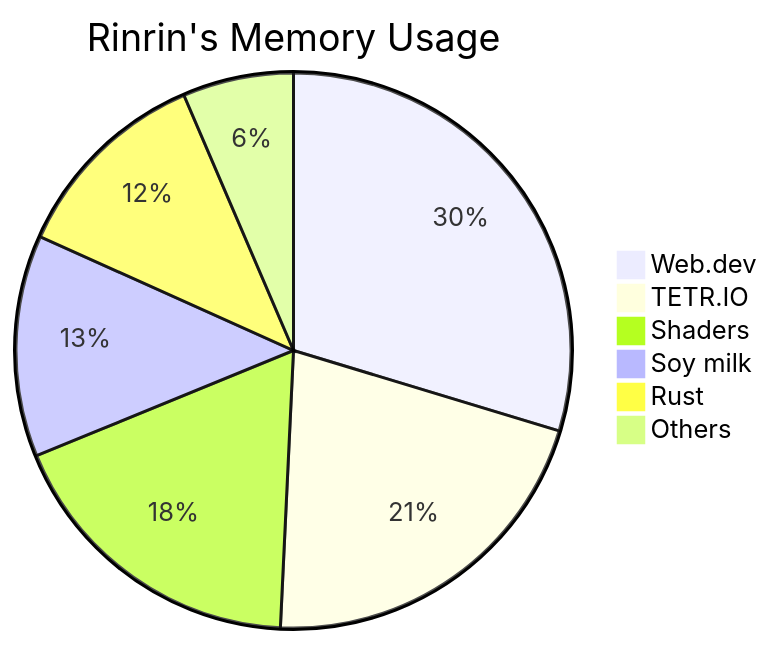
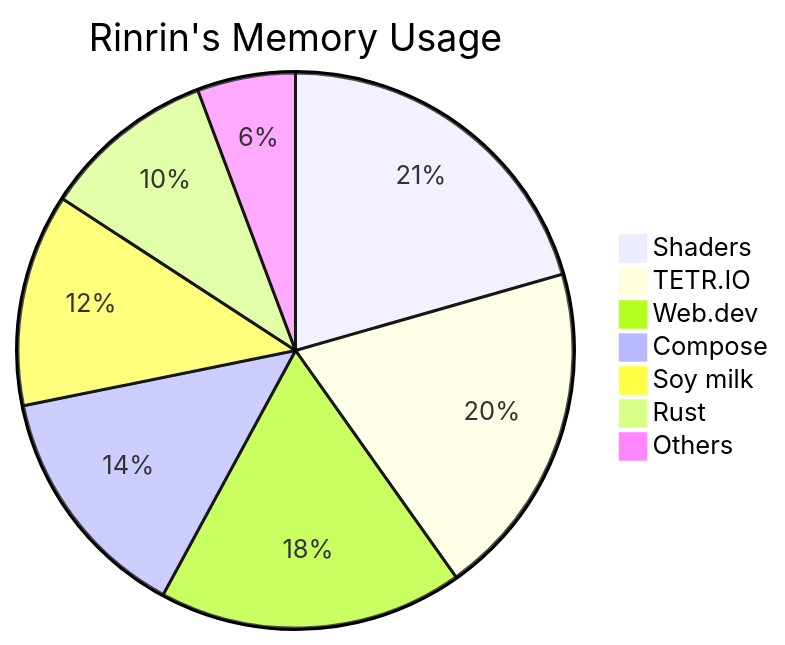
One commit to Rinrin0413/Rinrin0413 changed the diagram in README.md. Above: the diagram before and after it, drawn with Mermaid.

Commit message:
🐸 Update: Rinrin's Memory Usage

````diff
--- a/README.md
+++ b/README.md
@@ -74,9 +74,10 @@
 ```mermaid
 pie title Rinrin's Memory Usage
-    "Web.dev": 138
-    "TETR.IO": 98
-    "Shaders": 84
-    "Soy milk": 60
-    "Rust": 55
+    "Shaders": 108
+    "TETR.IO": 103
+    "Web.dev": 93
+    "Compose": 73
+    "Soy milk": 65
+    "Rust": 53
     "Others": 30
 ```
````
